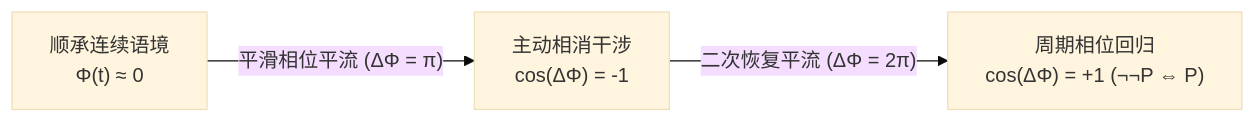
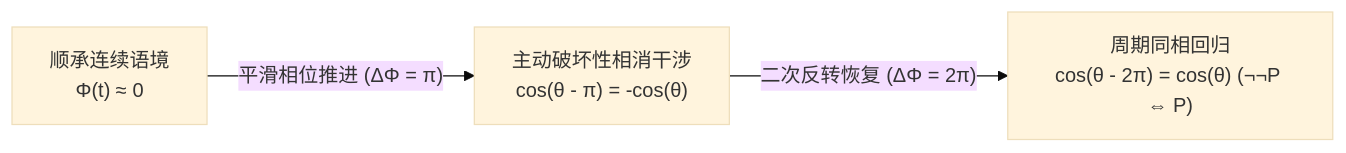
One commit to 3y3y3y-huaiji/mobius-attention changed the second of 3 diagrams in README_zh.md. Above: the diagram before and after it, drawn with Mermaid (base theme). The commit also changed other lines of this file and 17 other files, not shown here.

````diff
--- a/README_zh.md
+++ b/README_zh.md
@@ -104,5 +104,5 @@
 ```mermaid
 flowchart LR
-    P1["顺承连续语境<br>Φ(t) ≈ 0"] -->|"平滑相位平流 (ΔΦ = π)"| N["主动相消干涉<br>cos(ΔΦ) = -1"]
-    N -->|"二次恢复平流 (ΔΦ = 2π)"| P2["周期相位回归<br>cos(ΔΦ) = +1 (¬¬P ⇔ P)"]
+    P1["顺承连续语境<br>Φ(t) ≈ 0"] -->|"平滑相位推进 (ΔΦ = π)"| N["主动破坏性相消干涉<br>cos(θ - π) = -cos(θ)"]
+    N -->|"二次反转恢复 (ΔΦ = 2π)"| P2["周期同相回归<br>cos(θ - 2π) = cos(θ) (¬¬P ⇔ P)"]
 ```
````
